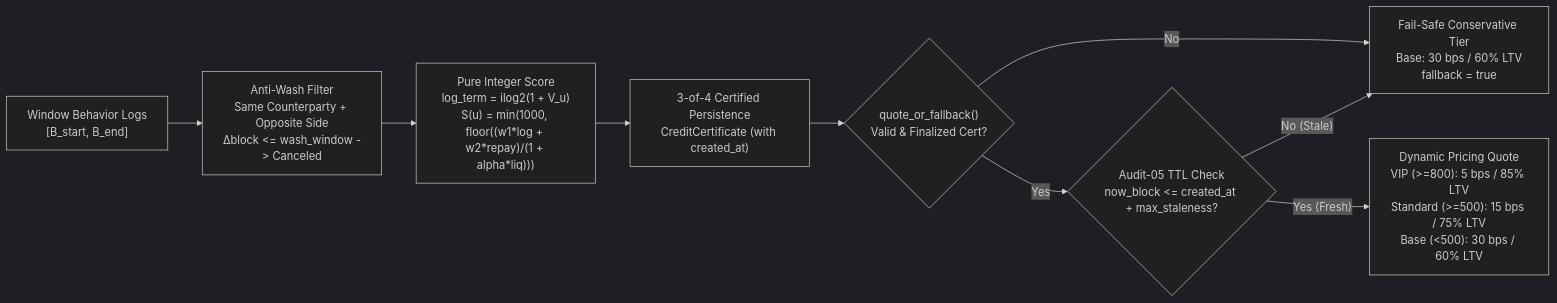
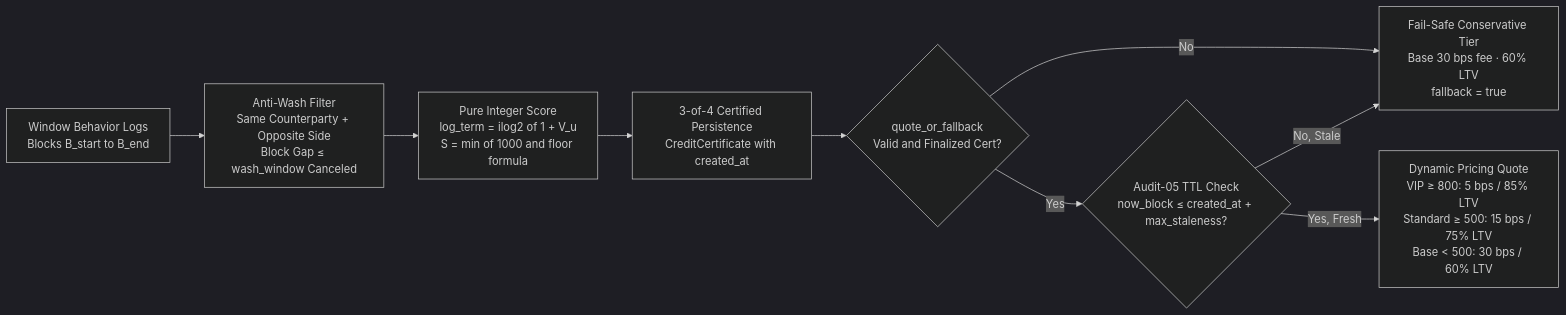
One commit to jerryluo0517-cyber/holderproof changed the third of 3 diagrams in README.md. Above: the diagram before and after it, drawn with Mermaid (dark theme). The commit also changed other lines of this file and 2 other files, not shown here.

````diff
--- a/README.md
+++ b/README.md
@@ -120,11 +132,11 @@
 ```mermaid
 flowchart LR
-    A["Window Behavior Logs<br/>[B_start, B_end]"] --> B["Anti-Wash Filter<br/>Same Counterparty + Opposite Side<br/>Δblock <= wash_window -> Canceled"]
-    B --> C["Pure Integer Score<br/>log_term = ilog2(1 + V_u)<br/>S(u) = min(1000, floor((w1*log + w2*repay)/(1 + alpha*liq)))"]
-    C --> D["3-of-4 Certified Persistence<br/>CreditCertificate (with created_at)"]
-    D --> E{"quote_or_fallback()<br/>Valid & Finalized Cert?"}
-    E -- No --> F["Fail-Safe Conservative Tier<br/>Base: 30 bps / 60% LTV<br/>fallback = true"]
-    E -- Yes --> G{"Audit-05 TTL Check<br/>now_block <= created_at + max_staleness?"}
-    G -- No (Stale) --> F
-    G -- Yes (Fresh) --> H["Dynamic Pricing Quote<br/>VIP (>=800): 5 bps / 85% LTV<br/>Standard (>=500): 15 bps / 75% LTV<br/>Base (<500): 30 bps / 60% LTV"]
+    A["Window Behavior Logs<br/>Blocks B_start to B_end"] --> B["Anti-Wash Filter<br/>Same Counterparty + Opposite Side<br/>Block Gap ≤ wash_window Canceled"]
+    B --> C["Pure Integer Score<br/>log_term = ilog2 of 1 + V_u<br/>S = min of 1000 and floor formula"]
+    C --> D["3-of-4 Certified Persistence<br/>CreditCertificate with created_at"]
+    D --> E{"quote_or_fallback<br/>Valid and Finalized Cert?"}
+    E -->|"No"| F["Fail-Safe Conservative Tier<br/>Base 30 bps fee · 60% LTV<br/>fallback = true"]
+    E -->|"Yes"| G{"Audit-05 TTL Check<br/>now_block ≤ created_at + max_staleness?"}
+    G -->|"No, Stale"| F
+    G -->|"Yes, Fresh"| H["Dynamic Pricing Quote<br/>VIP ≥ 800: 5 bps / 85% LTV<br/>Standard ≥ 500: 15 bps / 75% LTV<br/>Base &lt; 500: 30 bps / 60% LTV"]
 ```
````
